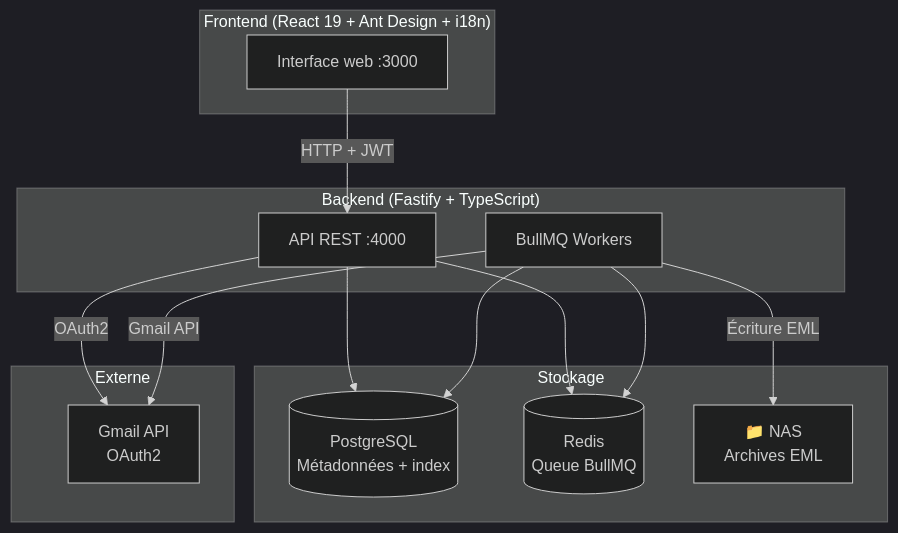
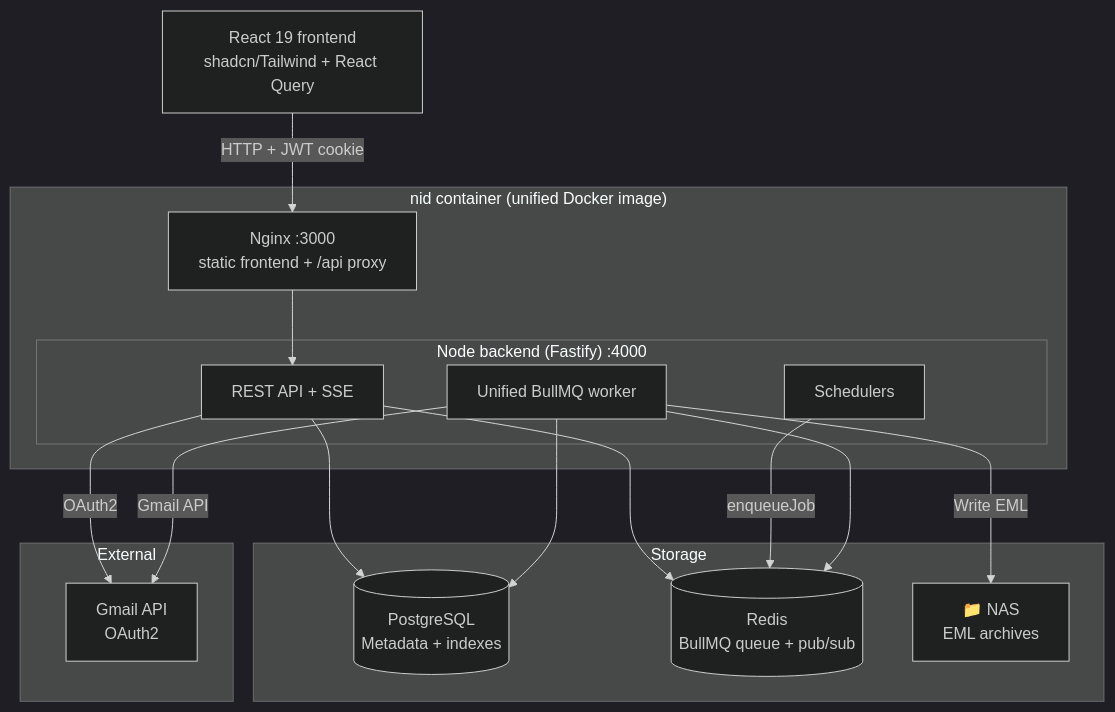
The first of 4 diagrams in docs/en/technical/overview.md (Le-Nid/nid), drawn with Mermaid (dark theme) before and after one commit. The commit also changed other lines of this file and 13 other files, not shown here.

First line of the commit message:
docs(technical): align architecture pages with the current code

````diff
--- a/docs/en/technical/overview.md
+++ b/docs/en/technical/overview.md
@@ -5,30 +5,33 @@
 ```mermaid
 graph TB
-    subgraph Frontend["Frontend (React 19 + Ant Design + i18n)"]
-        UI[Interface web :3000]
+    subgraph Container["nid container (unified Docker image)"]
+        Nginx[Nginx :3000\nstatic frontend + /api proxy]
+        subgraph Backend["Node backend (Fastify) :4000"]
+            API[REST API + SSE]
+            Worker[Unified BullMQ worker]
+            Sched[Schedulers]
+        end
     end
 
-    subgraph Backend["Backend (Fastify + TypeScript)"]
-        API[API REST :4000]
-        Workers[BullMQ Workers]
+    UI[React 19 frontend\nshadcn/Tailwind + React Query] -->|HTTP + JWT cookie| Nginx
+    Nginx --> API
+
+    subgraph Storage["Storage"]
+        PG[(PostgreSQL\nMetadata + indexes)]
+        Redis[(Redis\nBullMQ queue + pub/sub)]
+        NAS[📁 NAS\nEML archives]
     end
 
-    subgraph Storage["Stockage"]
-        PG[(PostgreSQL\nMétadonnées + index)]
-        Redis[(Redis\nQueue BullMQ)]
-        NAS[📁 NAS\nArchives EML]
-    end
-
-    subgraph External["Externe"]
+    subgraph External["External"]
         Gmail[Gmail API\nOAuth2]
     end
 
-    UI -->|HTTP + JWT| API
     API -->|OAuth2| Gmail
     API --> PG
     API --> Redis
-    Workers --> PG
-    Workers --> Redis
-    Workers -->|Écriture EML| NAS
-    Workers -->|Gmail API| Gmail
+    Sched -->|enqueueJob| Redis
+    Worker --> PG
+    Worker --> Redis
+    Worker -->|Write EML| NAS
+    Worker -->|Gmail API| Gmail
 ```
````
